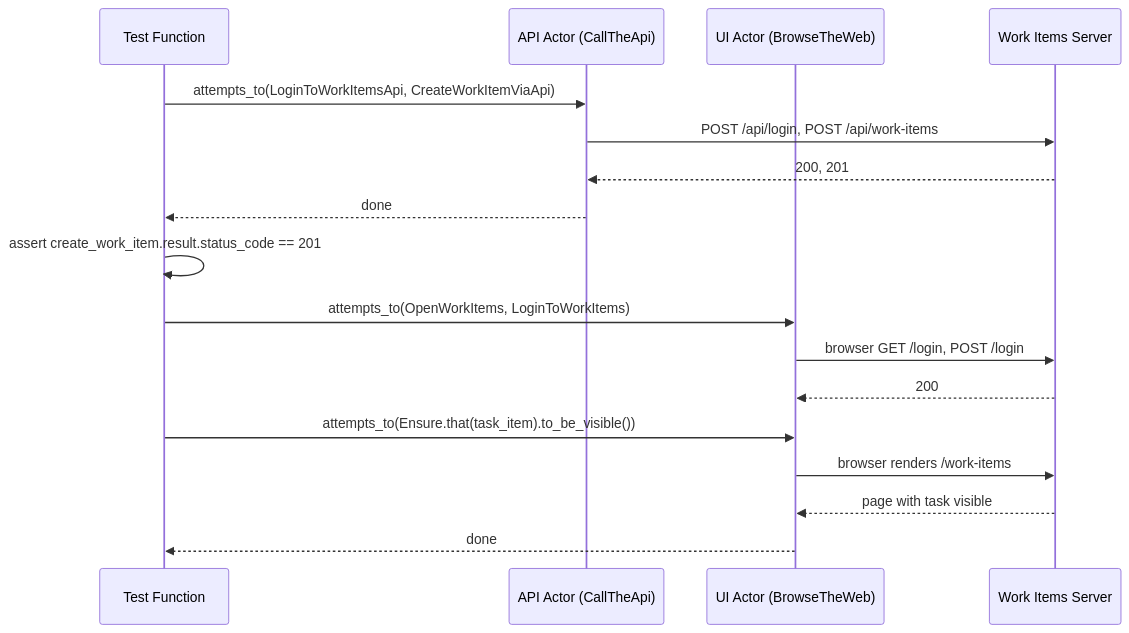
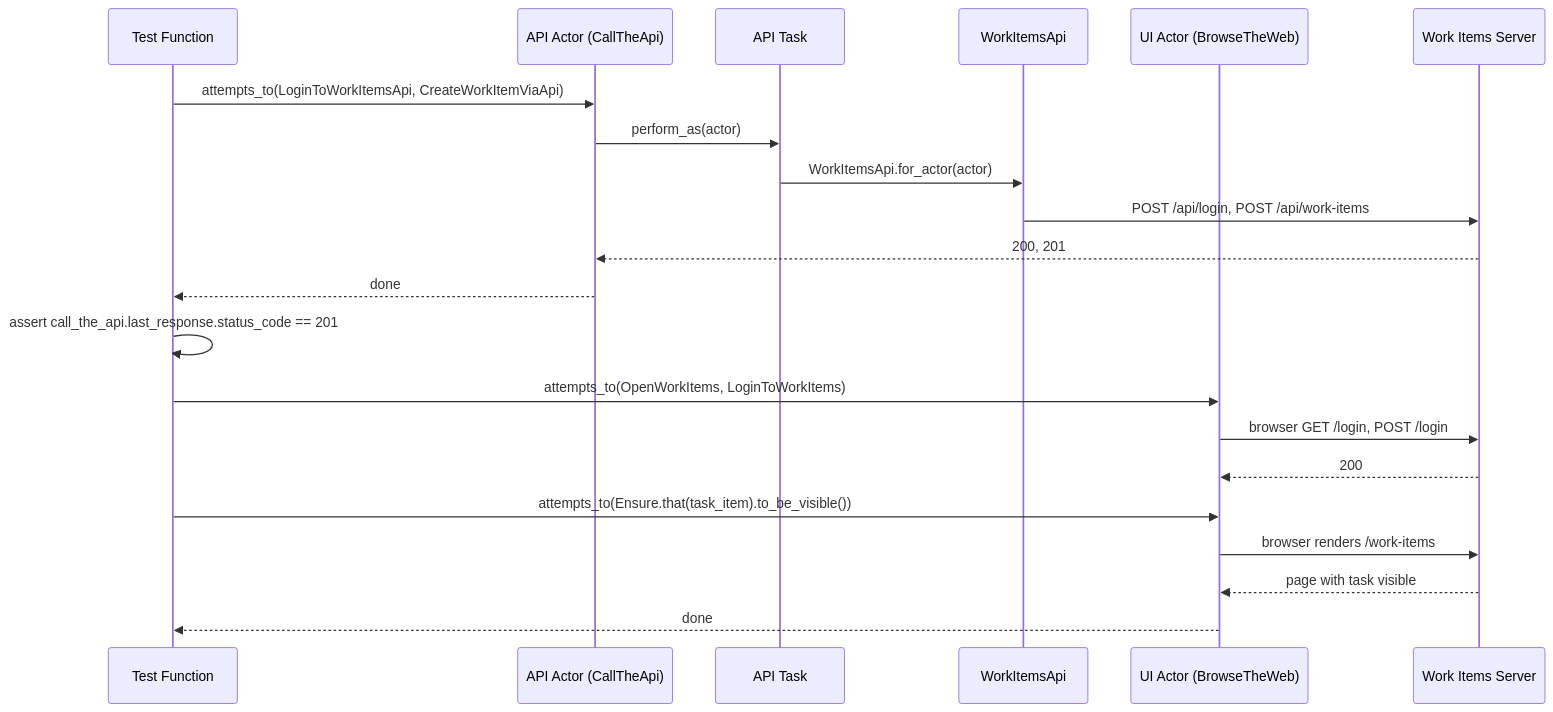
The eighth of 8 diagrams in docs/architecture.md (stansiris/playwright-pytest-screenplay-framework), drawn with Mermaid before and after one commit. The commit also changed other lines of this file and 11 other files, not shown here.

Commit message:
Refactor Work Items API layer and document API testing

````diff
--- a/docs/architecture.md
+++ b/docs/architecture.md
@@ -323,22 +334,26 @@
 ```mermaid
 sequenceDiagram
   participant Test as Test Function
   participant ApiActor as API Actor (CallTheApi)
+  participant ApiTask as API Task
+  participant WorkItemsApi
   participant UiActor as UI Actor (BrowseTheWeb)
   participant Server as Work Items Server
 
   Test->>ApiActor: attempts_to(LoginToWorkItemsApi, CreateWorkItemViaApi)
-  ApiActor->>Server: POST /api/login, POST /api/work-items
+  ApiActor->>ApiTask: perform_as(actor)
+  ApiTask->>WorkItemsApi: WorkItemsApi.for_actor(actor)
+  WorkItemsApi->>Server: POST /api/login, POST /api/work-items
   Server-->>ApiActor: 200, 201
   ApiActor-->>Test: done
-  Test->>Test: assert create_work_item.result.status_code == 201
+  Test->>Test: assert call_the_api.last_response.status_code == 201
 
   Test->>UiActor: attempts_to(OpenWorkItems, LoginToWorkItems)
   UiActor->>Server: browser GET /login, POST /login
   Server-->>UiActor: 200
 
   Test->>UiActor: attempts_to(Ensure.that(task_item).to_be_visible())
   UiActor->>Server: browser renders /work-items
   Server-->>UiActor: page with task visible
   UiActor-->>Test: done
 ```
````
